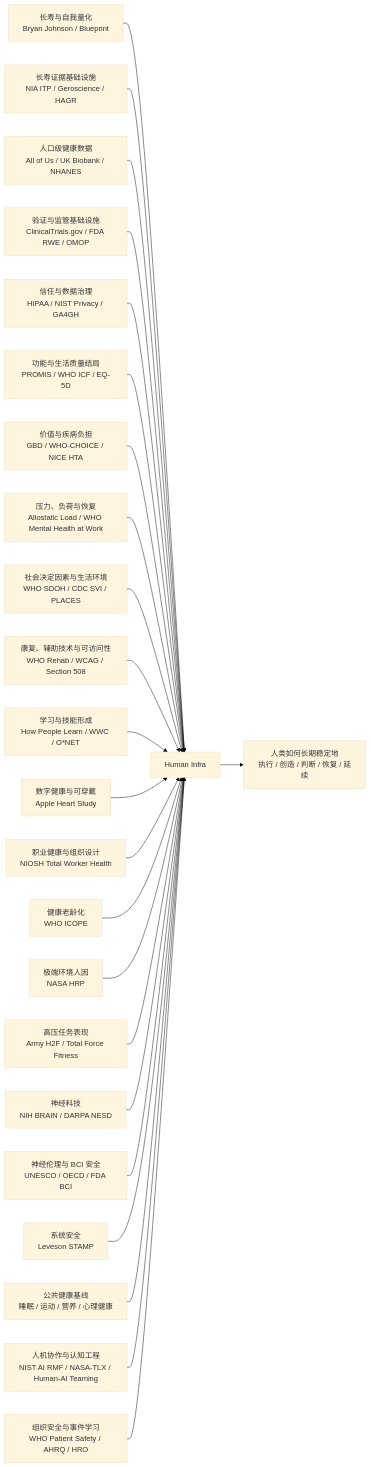
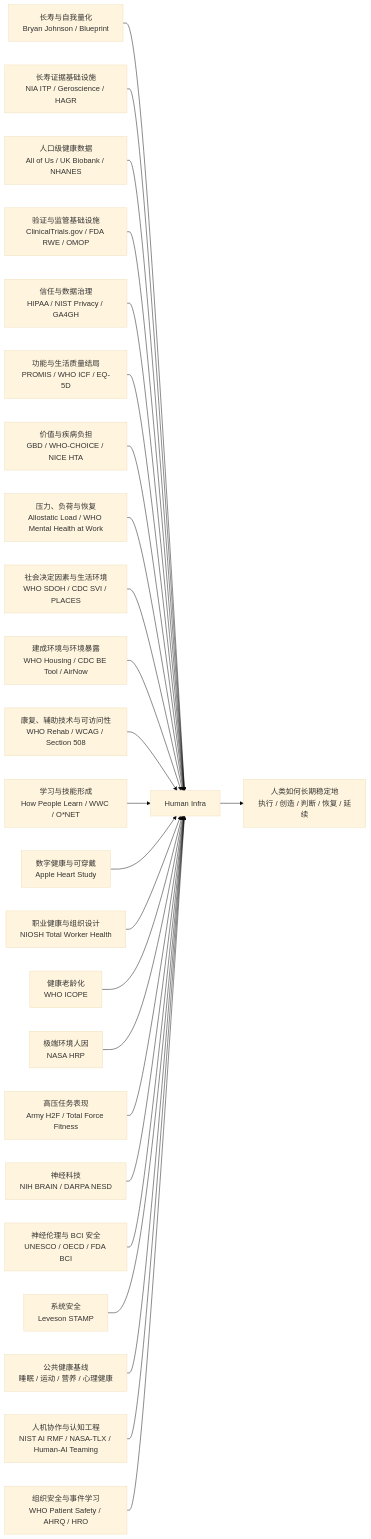
One commit to 123olp/ys changed the first of 4 diagrams in README.md. Above: the diagram before and after it, drawn with Mermaid (base theme). The commit also changed other lines of this file and 2 other files, not shown here.

````diff
--- a/README.md
+++ b/README.md
@@ -22,27 +22,28 @@
 ```mermaid
 flowchart LR
     A[长寿与自我量化<br/>Bryan Johnson / Blueprint] --> H[Human Infra]
     L[长寿证据基础设施<br/>NIA ITP / Geroscience / HAGR] --> H
     P[人口级健康数据<br/>All of Us / UK Biobank / NHANES] --> H
     R[验证与监管基础设施<br/>ClinicalTrials.gov / FDA RWE / OMOP] --> H
     T[信任与数据治理<br/>HIPAA / NIST Privacy / GA4GH] --> H
     Q[功能与生活质量结局<br/>PROMIS / WHO ICF / EQ-5D] --> H
     V[价值与疾病负担<br/>GBD / WHO-CHOICE / NICE HTA] --> H
     S[压力、负荷与恢复<br/>Allostatic Load / WHO Mental Health at Work] --> H
     U[社会决定因素与生活环境<br/>WHO SDOH / CDC SVI / PLACES] --> H
+    Z[建成环境与环境暴露<br/>WHO Housing / CDC BE Tool / AirNow] --> H
     X[康复、辅助技术与可访问性<br/>WHO Rehab / WCAG / Section 508] --> H
     Y[学习与技能形成<br/>How People Learn / WWC / O*NET] --> H
     B[数字健康与可穿戴<br/>Apple Heart Study] --> H
     C[职业健康与组织设计<br/>NIOSH Total Worker Health] --> H
     D[健康老龄化<br/>WHO ICOPE] --> H
     E[极端环境人因<br/>NASA HRP] --> H
     F[高压任务表现<br/>Army H2F / Total Force Fitness] --> H
     G[神经科技<br/>NIH BRAIN / DARPA NESD] --> H
     N[神经伦理与 BCI 安全<br/>UNESCO / OECD / FDA BCI] --> H
     I[系统安全<br/>Leveson STAMP] --> H
     K[公共健康基线<br/>睡眠 / 运动 / 营养 / 心理健康] --> H
     M[人机协作与认知工程<br/>NIST AI RMF / NASA-TLX / Human-AI Teaming] --> H
     O[组织安全与事件学习<br/>WHO Patient Safety / AHRQ / HRO] --> H
 
     H --> J[人类如何长期稳定地<br/>执行 / 创造 / 判断 / 恢复 / 延续]
 ```
````
